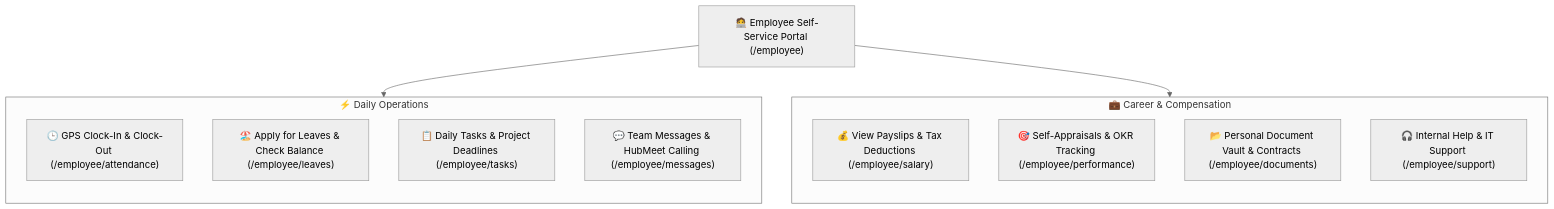
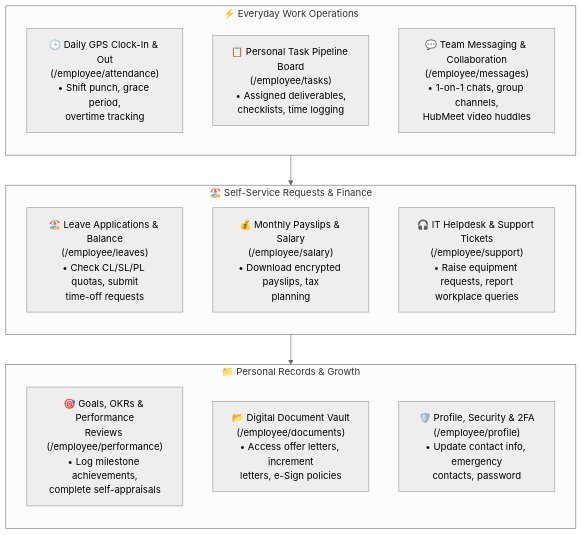
The diagram in docs/hrms-employee/index.md (SRJ-GROUP/hubnest_user_guide), drawn with Mermaid (neutral theme) before and after one commit. The commit also changed other lines of this file and 161 other files, not shown here.

Commit message:
feat: complete HubMeet suite, supervisor portal docs, diagram fixes, and interactive eye-button zoom modal

````diff
--- a/docs/hrms-employee/index.md
+++ b/docs/hrms-employee/index.md
@@ -16,23 +24,26 @@
 ```mermaid
 graph TB
-    ESSPersona["🧑‍💻 Employee Self-Service Portal (/employee)"]
-
-    subgraph DailyOperations["⚡ Daily Operations"]
+    subgraph DailyWorkplace["⚡ Everyday Work Operations"]
         direction TB
-        D1["🕒 GPS Clock-In & Clock-Out (/employee/attendance)"]
-        D2["🏖️ Apply for Leaves & Check Balance (/employee/leaves)"]
-        D3["📋 Daily Tasks & Project Deadlines (/employee/tasks)"]
-        D4["💬 Team Messages & HubMeet Calling (/employee/messages)"]
+        W1["🕒 Daily GPS Clock-In & Out<br/>(/employee/attendance)<br/>• Shift punch, grace period,<br/>overtime tracking"]
+        W2["📋 Personal Task Pipeline Board<br/>(/employee/tasks)<br/>• Assigned deliverables,<br/>checklists, time logging"]
+        W3["💬 Team Messaging & Collaboration<br/>(/employee/messages)<br/>• 1-on-1 chats, group channels,<br/>HubMeet video huddles"]
     end
 
-    subgraph FinancialAndCareer["💼 Career & Compensation"]
+    subgraph SelfService["🏖️ Self-Service Requests & Finance"]
         direction TB
-        F1["💰 View Payslips & Tax Deductions (/employee/salary)"]
-        F2["🎯 Self-Appraisals & OKR Tracking (/employee/performance)"]
-        F3["📂 Personal Document Vault & Contracts (/employee/documents)"]
-        F4["🎧 Internal Help & IT Support (/employee/support)"]
+        R1["🏖️ Leave Applications & Balance<br/>(/employee/leaves)<br/>• Check CL/SL/PL quotas, submit<br/>time-off requests"]
+        R2["💰 Monthly Payslips & Salary<br/>(/employee/salary)<br/>• Download encrypted payslips, tax<br/>planning"]
+        R3["🎧 IT Helpdesk & Support Tickets<br/>(/employee/support)<br/>• Raise equipment requests, report<br/>workplace queries"]
     end
 
-    ESSPersona --> DailyOperations
-    ESSPersona --> FinancialAndCareer
+    subgraph CareerAndRecords["📁 Personal Records & Growth"]
+        direction TB
+        C1["🎯 Goals, OKRs & Performance<br/>Reviews (/employee/performance)<br/>• Log milestone achievements,<br/>complete self-appraisals"]
+        C2["📂 Digital Document Vault<br/>(/employee/documents)<br/>• Access offer letters, increment<br/>letters, e-Sign policies"]
+        C3["🛡️ Profile, Security & 2FA<br/>(/employee/profile)<br/>• Update contact info, emergency<br/>contacts, password"]
+    end
+
+    DailyWorkplace --> SelfService
+    SelfService --> CareerAndRecords
 ```
````
